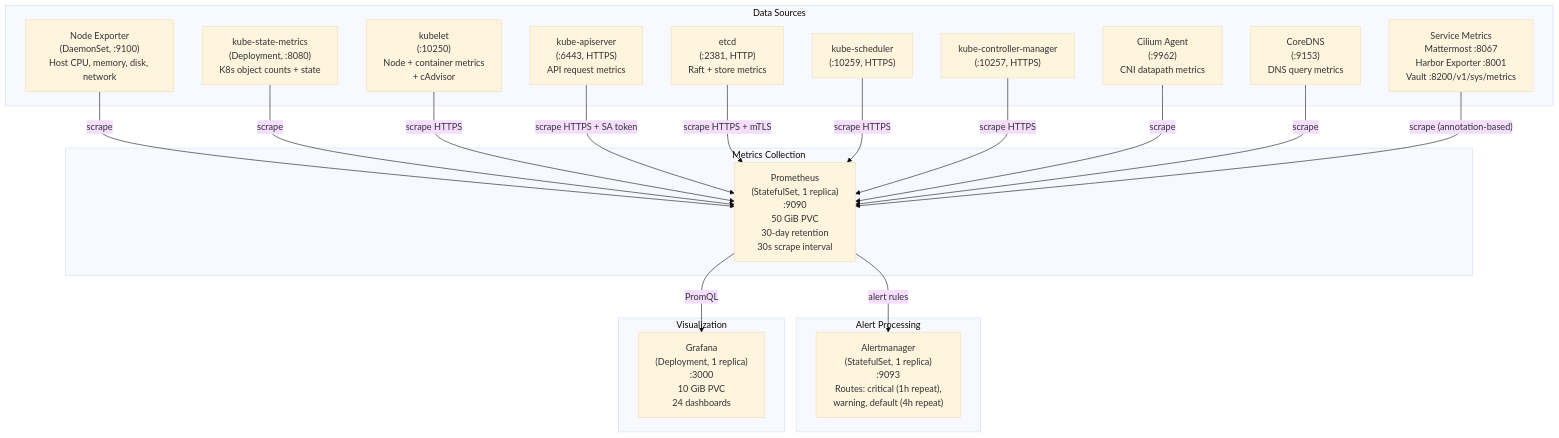
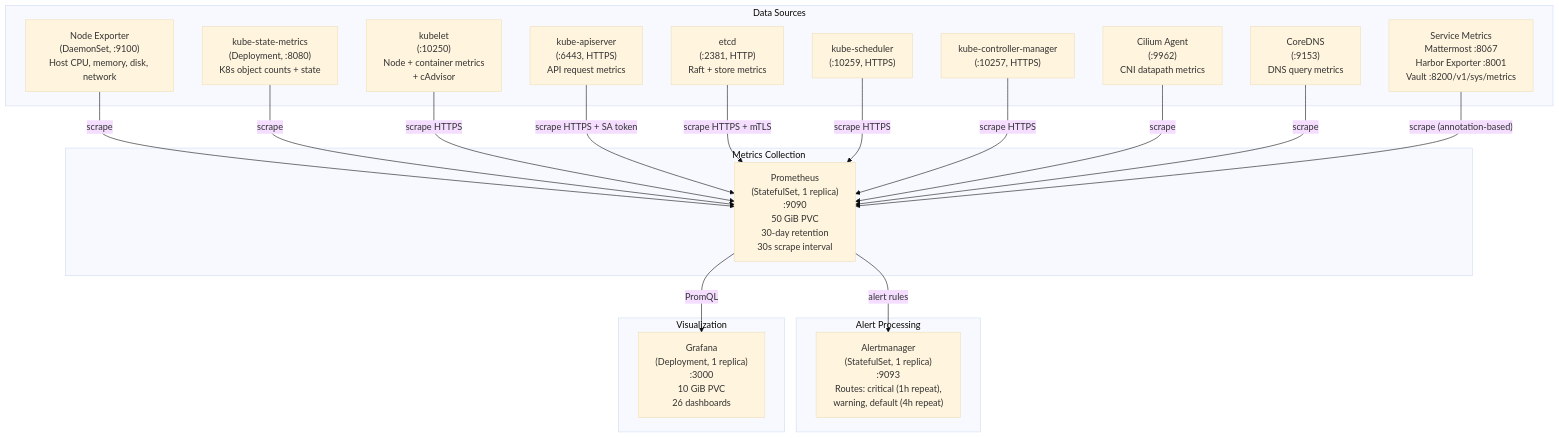
Diagram 19 of 26 in docs/engineering/system-architecture.md (derhornspieler/harvester-rke2-platform), drawn with Mermaid (base theme) before and after one commit. The commit also changed other lines of this file and 163 other files, not shown here.

````diff
--- a/docs/engineering/system-architecture.md
+++ b/docs/engineering/system-architecture.md
@@ -972,41 +979,41 @@
 ```mermaid
 graph TD
     subgraph DataSources["Data Sources"]
         NE["Node Exporter<br/>(DaemonSet, :9100)<br/>Host CPU, memory, disk, network"]
         KSM["kube-state-metrics<br/>(Deployment, :8080)<br/>K8s object counts + state"]
         Kubelet["kubelet<br/>(:10250)<br/>Node + container metrics<br/>+ cAdvisor"]
         API["kube-apiserver<br/>(:6443, HTTPS)<br/>API request metrics"]
         ETCD["etcd<br/>(:2381, HTTP)<br/>Raft + store metrics"]
         Sched["kube-scheduler<br/>(:10259, HTTPS)"]
         KCM["kube-controller-manager<br/>(:10257, HTTPS)"]
         CiliumAg["Cilium Agent<br/>(:9962)<br/>CNI datapath metrics"]
         CoreDNS_m["CoreDNS<br/>(:9153)<br/>DNS query metrics"]
         SvcMetrics["Service Metrics<br/>Mattermost :8067<br/>Harbor Exporter :8001<br/>Vault :8200/v1/sys/metrics"]
     end
 
     subgraph Collection["Metrics Collection"]
         Prom["Prometheus<br/>(StatefulSet, 1 replica)<br/>:9090<br/>50 GiB PVC<br/>30-day retention<br/>30s scrape interval"]
     end
 
     subgraph Alerting["Alert Processing"]
         AM["Alertmanager<br/>(StatefulSet, 1 replica)<br/>:9093<br/>Routes: critical (1h repeat),<br/>warning, default (4h repeat)"]
     end
 
     subgraph Visualization["Visualization"]
-        Grafana["Grafana<br/>(Deployment, 1 replica)<br/>:3000<br/>10 GiB PVC<br/>24 dashboards"]
+        Grafana["Grafana<br/>(Deployment, 1 replica)<br/>:3000<br/>10 GiB PVC<br/>26 dashboards"]
     end
 
     NE -->|"scrape"| Prom
     KSM -->|"scrape"| Prom
     Kubelet -->|"scrape HTTPS"| Prom
     API -->|"scrape HTTPS + SA token"| Prom
     ETCD -->|"scrape HTTPS + mTLS"| Prom
     Sched -->|"scrape HTTPS"| Prom
     KCM -->|"scrape HTTPS"| Prom
     CiliumAg -->|"scrape"| Prom
     CoreDNS_m -->|"scrape"| Prom
     SvcMetrics -->|"scrape (annotation-based)"| Prom
 
     Prom -->|"PromQL"| Grafana
     Prom -->|"alert rules"| AM
 ```
````
